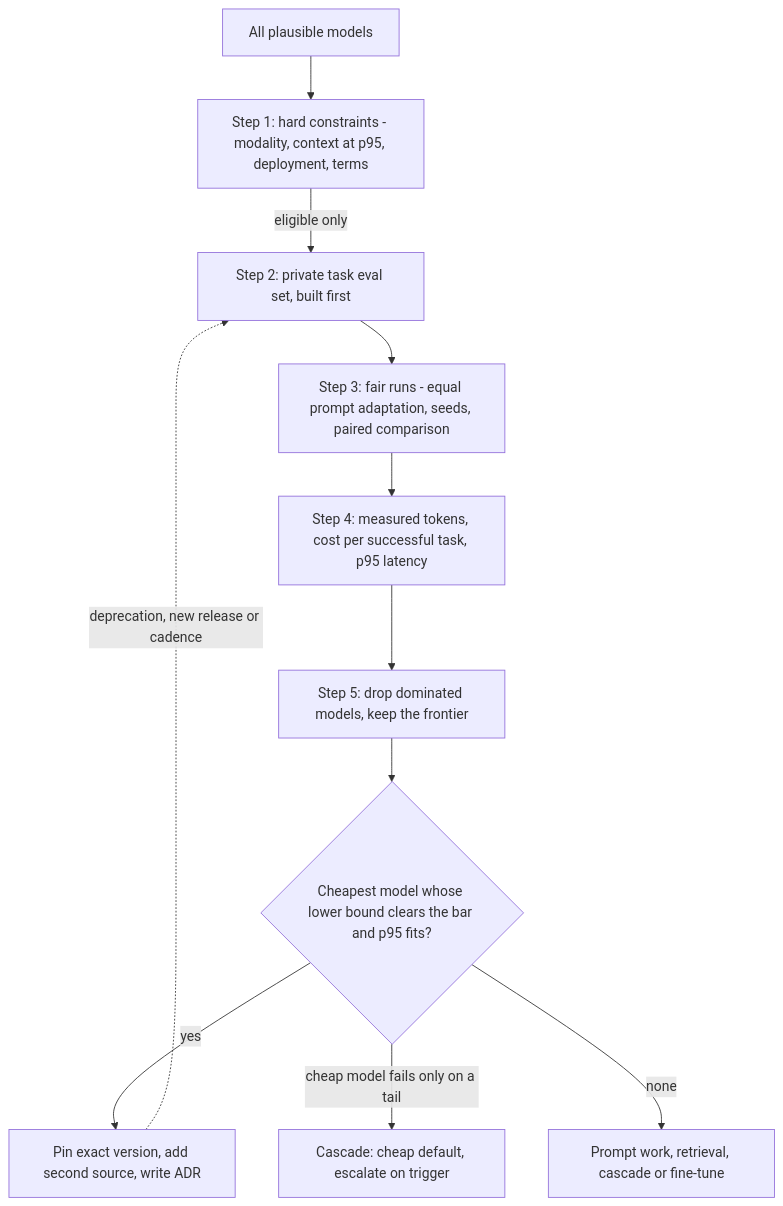
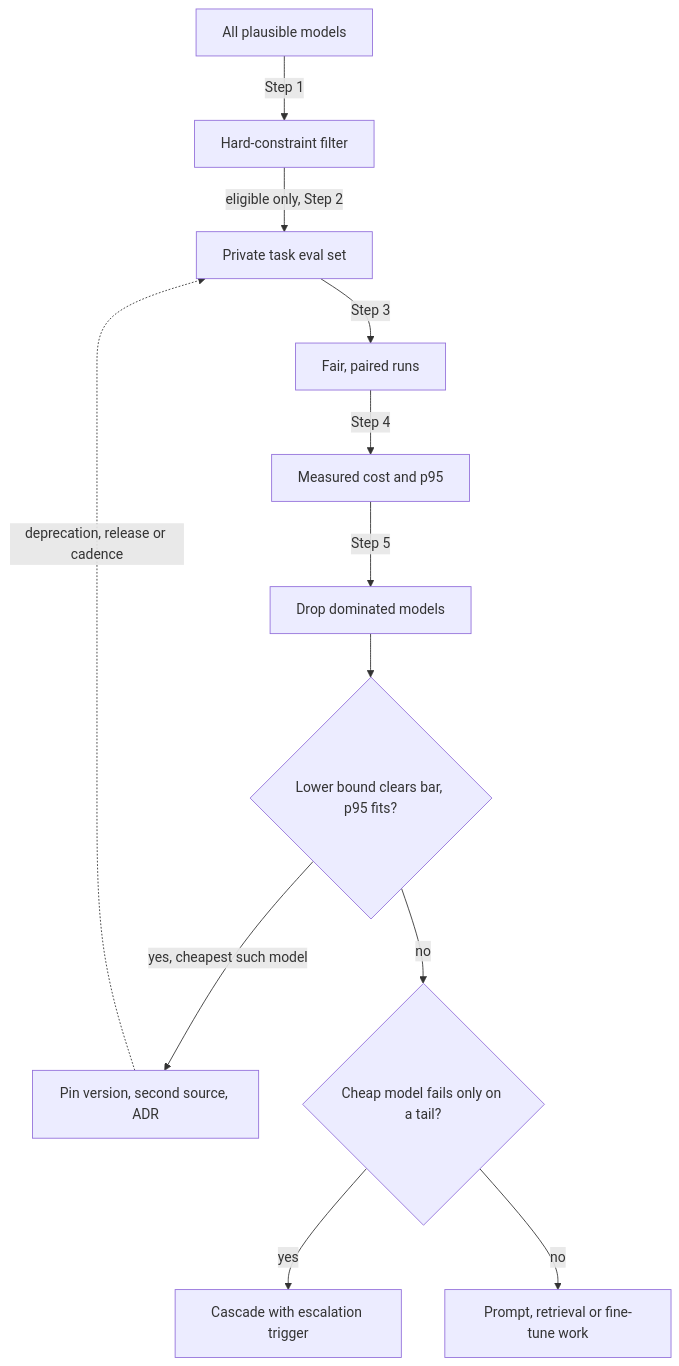
Before and after one commit to lovishmahajan97/agentic-learning: the diagram in content/system-design/model-selection.md, drawn with Mermaid. The commit also changed other lines of this file and 81 other files, not shown here.

````diff
--- a/content/system-design/model-selection.md
+++ b/content/system-design/model-selection.md
@@ -131,13 +132,14 @@
 ```mermaid
 flowchart TD
-    A["All plausible models"] --> F["Step 1: hard constraints - modality, context at p95, deployment, terms"]
-    F -->|"eligible only"| E["Step 2: private task eval set, built first"]
-    E --> R["Step 3: fair runs - equal prompt adaptation, seeds, paired comparison"]
-    R --> C["Step 4: measured tokens, cost per successful task, p95 latency"]
-    C --> P["Step 5: drop dominated models, keep the frontier"]
-    P --> Q{"Cheapest model whose lower bound clears the bar and p95 fits?"}
-    Q -->|"yes"| S["Pin exact version, add second source, write ADR"]
-    Q -->|"cheap model fails only on a tail"| K["Cascade: cheap default, escalate on trigger"]
-    Q -->|"none"| N["Prompt work, retrieval, cascade or fine-tune"]
-    S -.->|"deprecation, new release or cadence"| E
+    A["All plausible models"] -->|"Step 1"| F["Hard-constraint filter"]
+    F -->|"eligible only, Step 2"| E["Private task eval set"]
+    E -->|"Step 3"| R["Fair, paired runs"]
+    R -->|"Step 4"| C["Measured cost and p95"]
+    C -->|"Step 5"| P["Drop dominated models"]
+    P --> Q{"Lower bound clears bar, p95 fits?"}
+    Q -->|"yes, cheapest such model"| S["Pin version, second source, ADR"]
+    Q -->|"no"| T{"Cheap model fails only on a tail?"}
+    T -->|"yes"| K["Cascade with escalation trigger"]
+    T -->|"no"| N["Prompt, retrieval or fine-tune work"]
+    S -.->|"deprecation, release or cadence"| E
 ```
````
